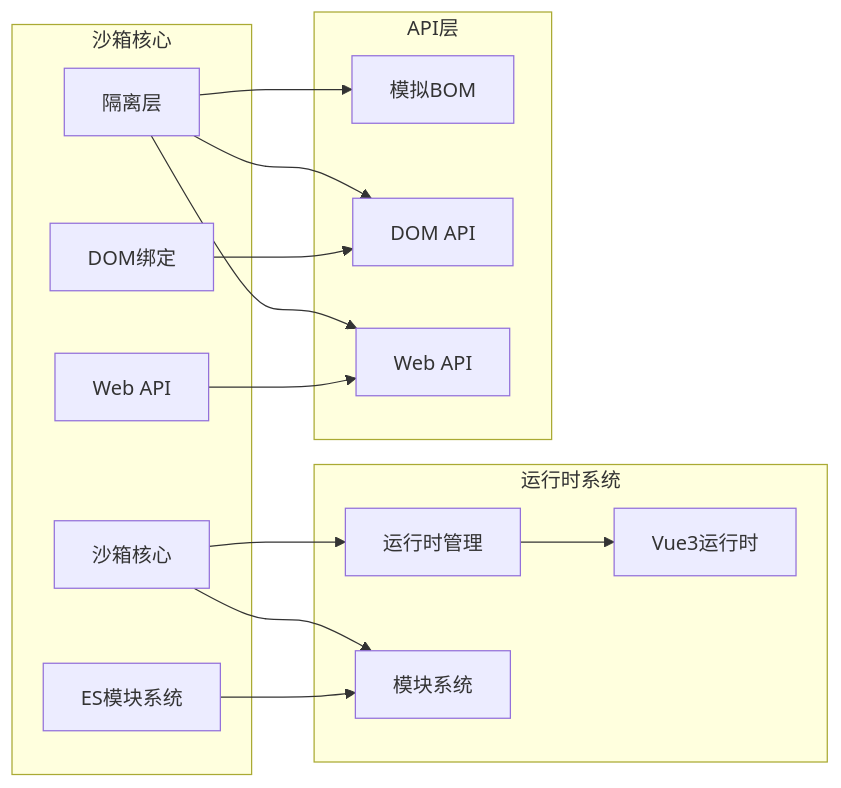
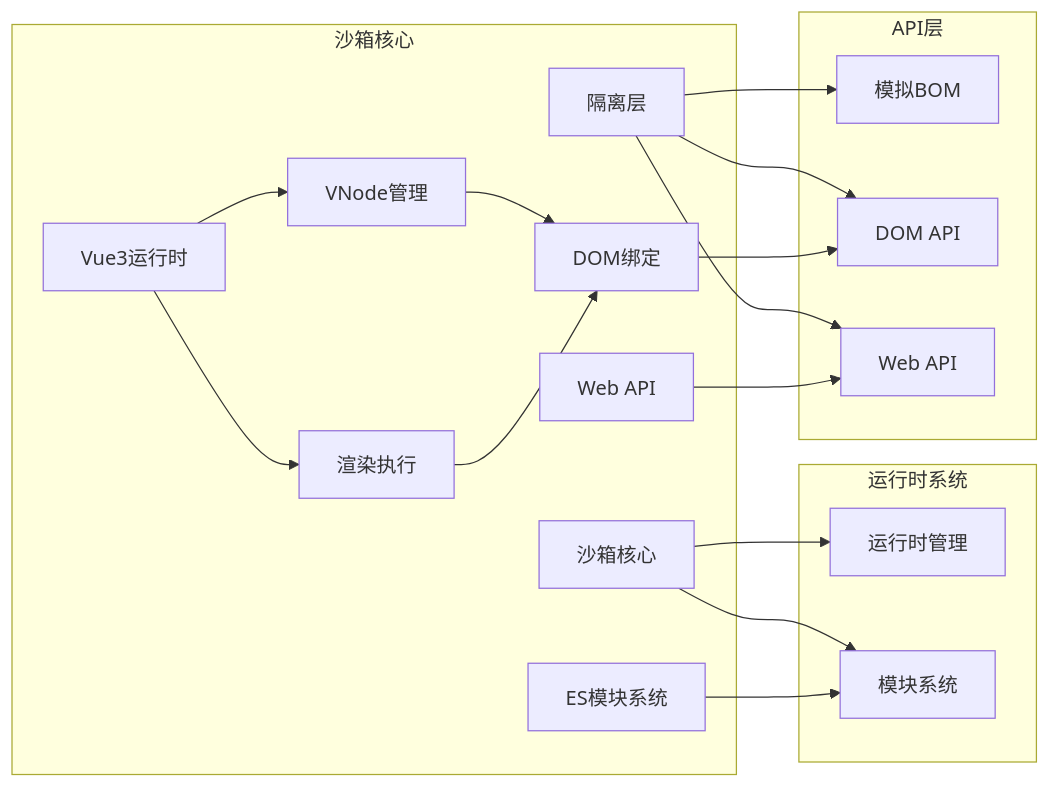
Before and after one commit to itszzl-sudo/iris: diagram 16 of 17 in .qoder/repowiki/zh/content/技术架构详解/JS沙箱运行时.md, drawn with Mermaid. The commit also changed other lines of this file and 8 other files, not shown here.

````diff
--- a/.qoder/repowiki/zh/content/技术架构详解/JS沙箱运行时.md
+++ b/.qoder/repowiki/zh/content/技术架构详解/JS沙箱运行时.md
@@ -530,29 +629,35 @@
 ```mermaid
 graph LR
 subgraph "沙箱核心"
 SandboxCore[沙箱核心]
 Isolation[隔离层]
 DOM[DOM绑定]
 ESM[ES模块系统]
 WebAPI[Web API]
+VueRuntime[Vue3运行时]
+VNode[VNode管理]
+Render[渲染执行]
 end
 subgraph "运行时系统"
 Runtime[运行时管理]
 ModuleSystem[模块系统]
 VueRuntime[Vue3运行时]
 end
 subgraph "API层"
 BOM[模拟BOM]
 DOMAPI[DOM API]
 WebAPIs[Web API]
 end
 SandboxCore --> Runtime
 SandboxCore --> ModuleSystem
 Isolation --> BOM
 Isolation --> DOMAPI
 Isolation --> WebAPIs
 DOM --> DOMAPI
 ESM --> ModuleSystem
 WebAPI --> WebAPIs
-Runtime --> VueRuntime
+VueRuntime --> VNode
+VueRuntime --> Render
+VNode --> DOM
+Render --> DOM
 ```
````
